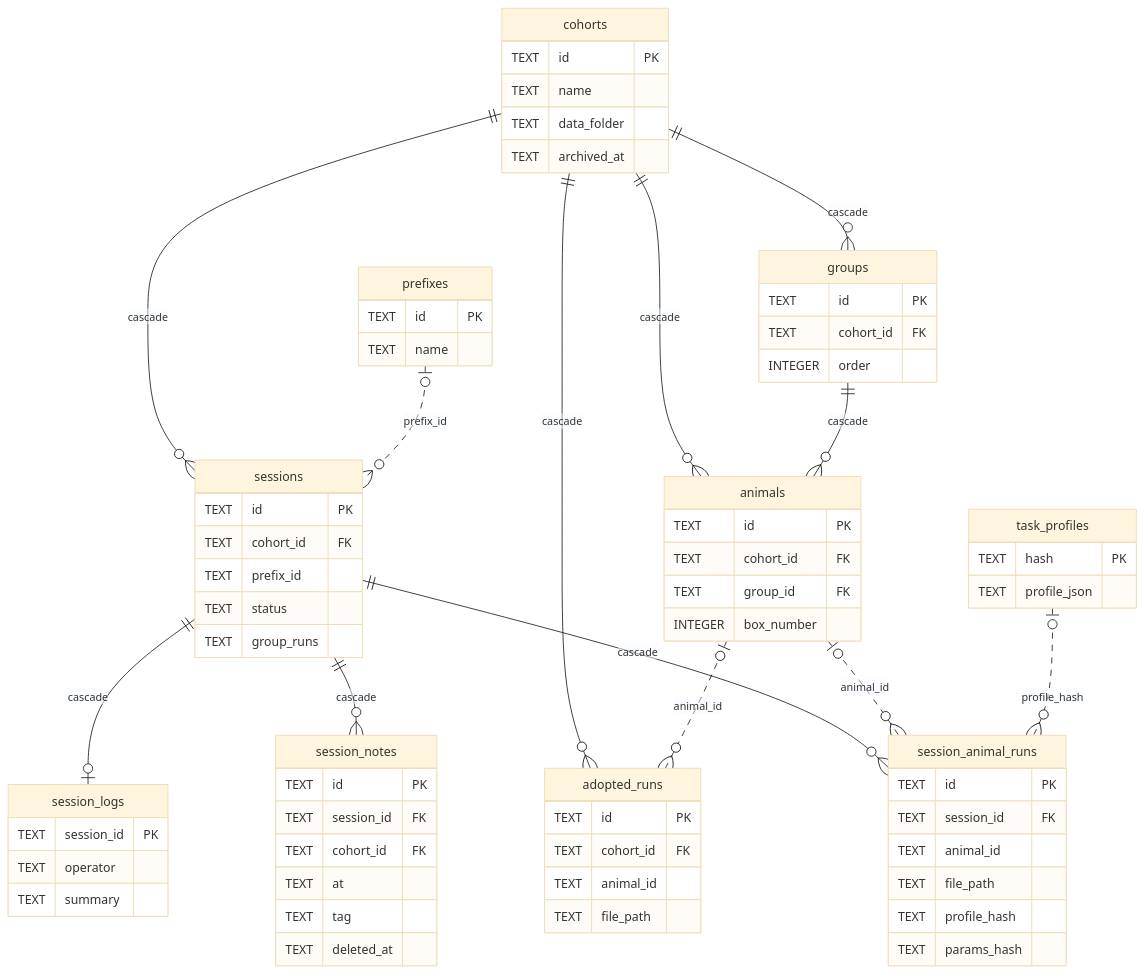
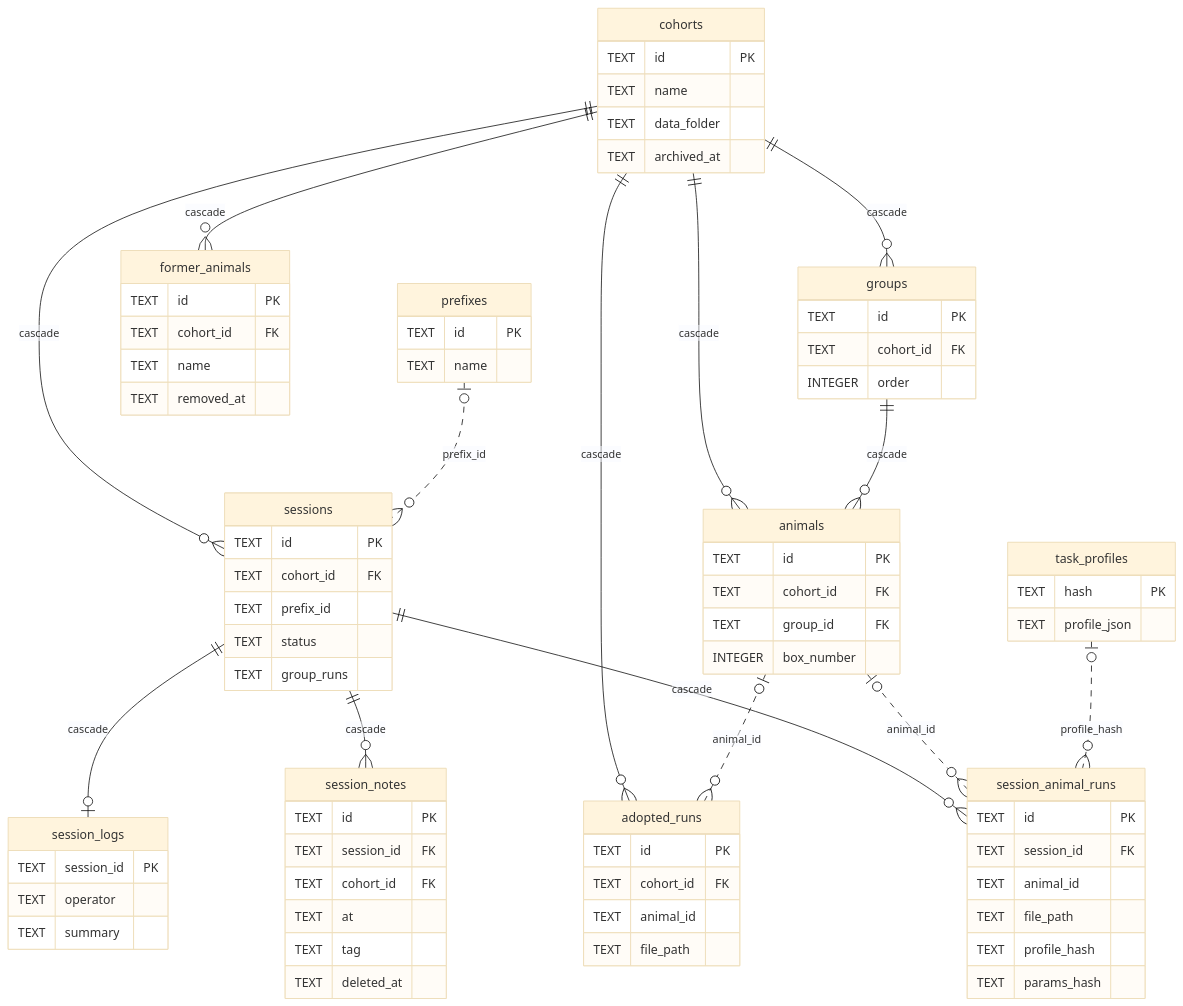
One commit to Chase-NJ/Ephymeris changed the second of 6 diagrams in docs/DATA.md. Above: the diagram before and after it, drawn with Mermaid (base theme). The commit also changed other lines of this file and 34 other files, not shown here.

First line of the commit message:
Keep removed animals as former members, and move animals between cohorts

````diff
--- a/docs/DATA.md
+++ b/docs/DATA.md
@@ -479,74 +546,81 @@
 ```mermaid
 erDiagram
     cohorts ||--o{ groups : "cascade"
     cohorts ||--o{ animals : "cascade"
+    cohorts ||--o{ former_animals : "cascade"
     groups ||--o{ animals : "cascade"
     cohorts ||--o{ sessions : "cascade"
     sessions ||--o{ session_animal_runs : "cascade"
     cohorts ||--o{ adopted_runs : "cascade"
     sessions ||--o{ session_notes : "cascade"
     sessions ||--o| session_logs : "cascade"
     prefixes |o..o{ sessions : "prefix_id"
     animals |o..o{ session_animal_runs : "animal_id"
     animals |o..o{ adopted_runs : "animal_id"
     task_profiles |o..o{ session_animal_runs : "profile_hash"
     cohorts {
         TEXT id PK
         TEXT name
         TEXT data_folder
         TEXT archived_at
     }
     groups {
         TEXT id PK
         TEXT cohort_id FK
         INTEGER order
     }
     animals {
         TEXT id PK
         TEXT cohort_id FK
         TEXT group_id FK
         INTEGER box_number
+    }
+    former_animals {
+        TEXT id PK
+        TEXT cohort_id FK
+        TEXT name
+        TEXT removed_at
     }
     prefixes {
         TEXT id PK
         TEXT name
     }
     sessions {
         TEXT id PK
         TEXT cohort_id FK
         TEXT prefix_id
         TEXT status
         TEXT group_runs
     }
     session_animal_runs {
         TEXT id PK
         TEXT session_id FK
         TEXT animal_id
         TEXT file_path
         TEXT profile_hash
         TEXT params_hash
     }
     task_profiles {
         TEXT hash PK
         TEXT profile_json
     }
     adopted_runs {
         TEXT id PK
         TEXT cohort_id FK
         TEXT animal_id
         TEXT file_path
     }
     session_notes {
         TEXT id PK
         TEXT session_id FK
         TEXT cohort_id FK
         TEXT at
         TEXT tag
         TEXT deleted_at
     }
     session_logs {
         TEXT session_id PK
         TEXT operator
         TEXT summary
     }
 ```
````
